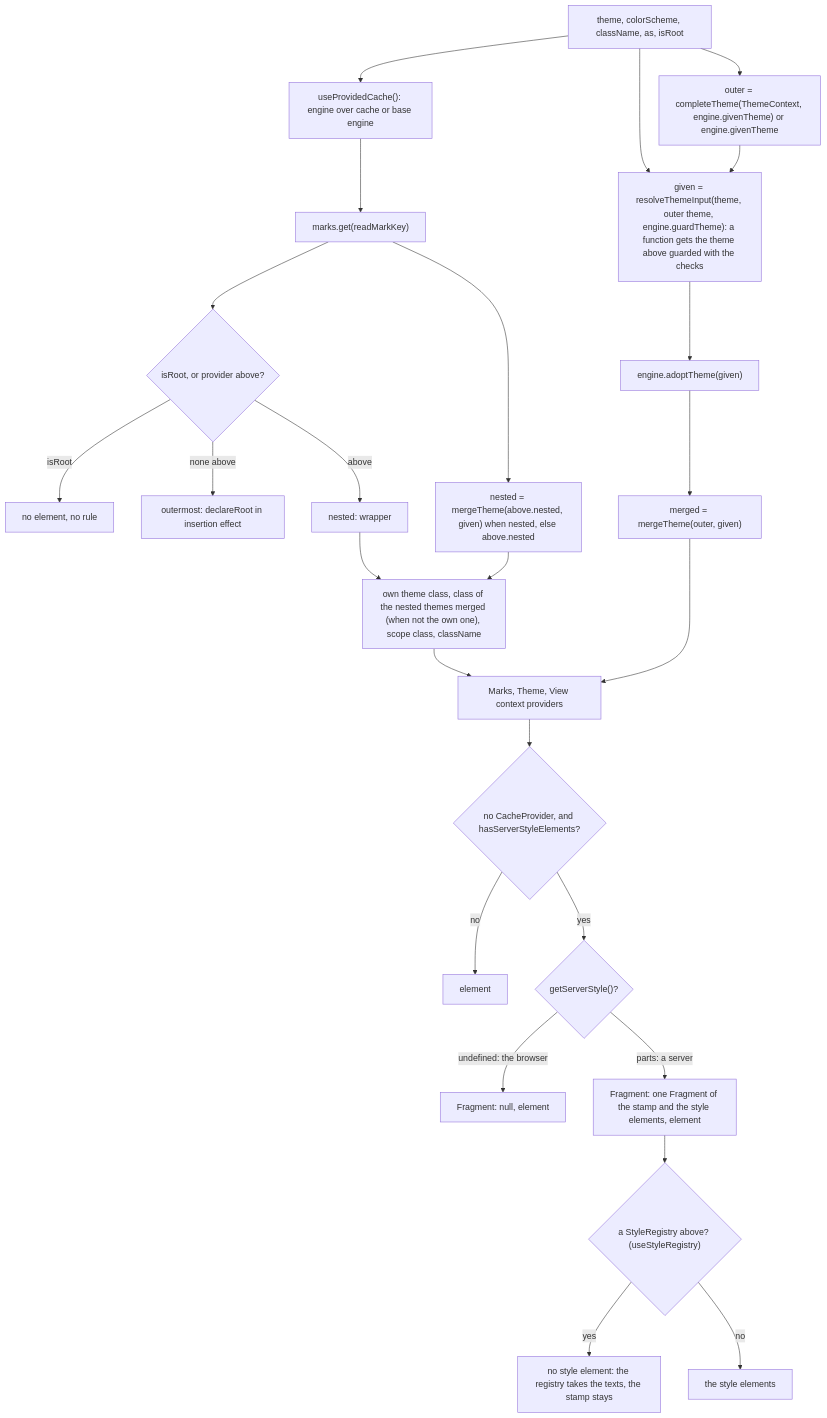
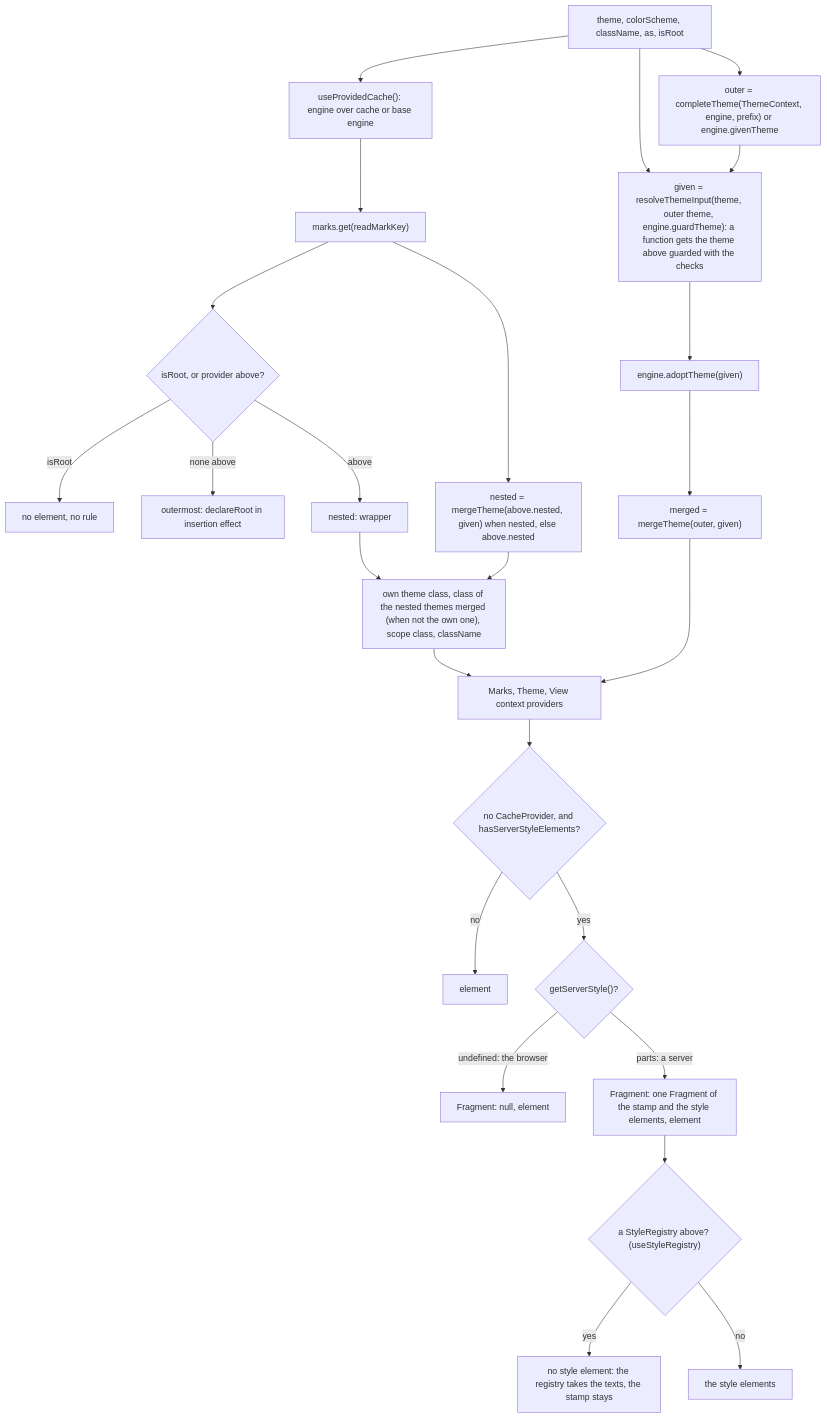
One commit to soroush-tech/umber-style changed the diagram in packages/react/src/ThemeProvider.md. Above: the diagram before and after it, drawn with Mermaid. The commit also changed 25 other files, not shown here.

````diff
--- a/packages/react/src/ThemeProvider.md
+++ b/packages/react/src/ThemeProvider.md
@@ -22,27 +22,27 @@
 ```mermaid
 flowchart TD
   props["theme, colorScheme, className, as, isRoot"] --> cache["useProvidedCache(): engine over cache or base engine"]
   cache --> above["marks.get(readMarkKey)"]
   above --> role{"isRoot, or provider above?"}
   role -->|isRoot| rootRole["no element, no rule"]
   role -->|none above| outer["outermost: declareRoot in insertion effect"]
   role -->|above| nested["nested: wrapper"]
   props --> given["given = resolveThemeInput(theme, outer theme, engine.guardTheme): a function gets the theme above guarded with the checks"]
-  props --> outerTheme["outer = completeTheme(ThemeContext, engine.givenTheme) or engine.givenTheme"]
+  props --> outerTheme["outer = completeTheme(ThemeContext, engine, prefix) or engine.givenTheme"]
   outerTheme --> given
   given --> adopt["engine.adoptTheme(given)"]
   adopt --> merged["merged = mergeTheme(outer, given)"]
   above --> nestedTheme["nested = mergeTheme(above.nested, given) when nested, else above.nested"]
   nestedTheme --> classes
   nested --> classes["own theme class, class of the nested themes merged (when not the own one), scope class, className"]
   merged --> contexts["Marks, Theme, View context providers"]
   classes --> contexts
   contexts --> place{"no CacheProvider, and hasServerStyleElements?"}
   place -->|no| out["element"]
   place -->|yes| server{"getServerStyle()?"}
   server -->|undefined: the browser| empty["Fragment: null, element"]
   server -->|parts: a server| styled["Fragment: one Fragment of the stamp and the style elements, element"]
   styled --> reg{"a StyleRegistry above? (useStyleRegistry)"}
   reg -->|yes| regTexts["no style element: the registry takes the texts, the stamp stays"]
   reg -->|no| elementsOut["the style elements"]
 ```
````
